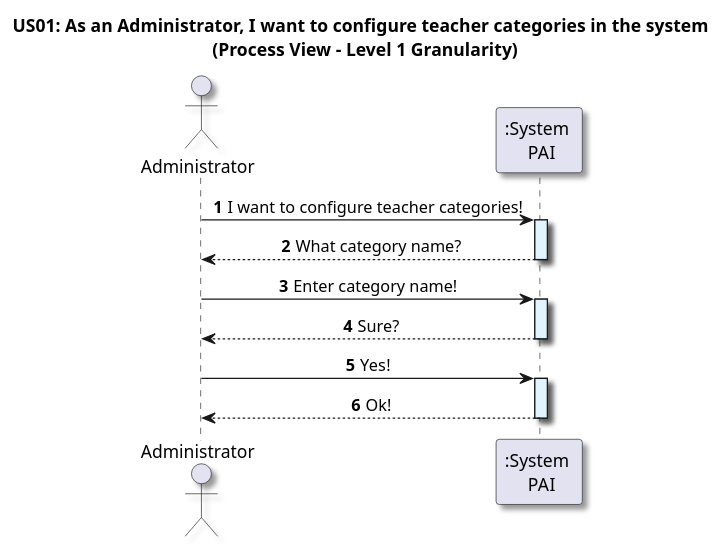
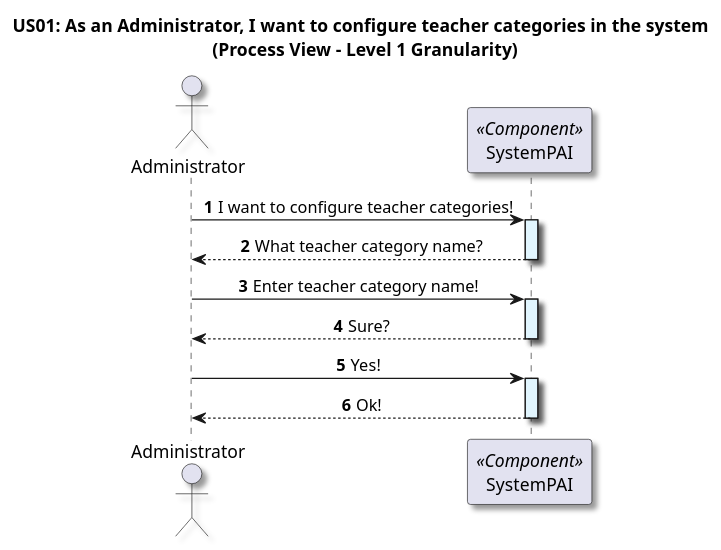
One commit to GasparISEP/DevOps-PAI changed the diagram in docs/US01/Sprint6_RestAPI/ProcessView/Level1Granularity.puml. Above: the diagram before and after it, drawn with PlantUML.

Commit message:
refactor (diagram): Update process view diagram at level 1 granularity for configureTeacherCategory (#532, #541)

```diff
--- a/docs/US01/Sprint6_RestAPI/ProcessView/Level1Granularity.puml
+++ b/docs/US01/Sprint6_RestAPI/ProcessView/Level1Granularity.puml
@@ -1,30 +1,30 @@
 @startuml
 
 title US01: As an Administrator, I want to configure teacher categories in the system \n (Process View - Level 1 Granularity)
 
 skinparam defaultTextAlignment center
 skinparam shadowing true
 
 autonumber
 
 actor Administrator as admin
-participant ":System \n PAI" as System
+participant "SystemPAI" as System <<Component>>
 
 admin -> System: I want to configure teacher categories!
 activate System #E1F5FE
 
-System --> admin: What category name?
+System --> admin: What teacher category name?
 deactivate System
 
-admin -> System: Enter category name!
+admin -> System: Enter teacher category name!
 activate System #E1F5FE
 
 System --> admin: Sure?
 deactivate System
 
 admin -> System: Yes!
 activate System #E1F5FE
 
 System --> admin: Ok!
 deactivate System
 @enduml
```
